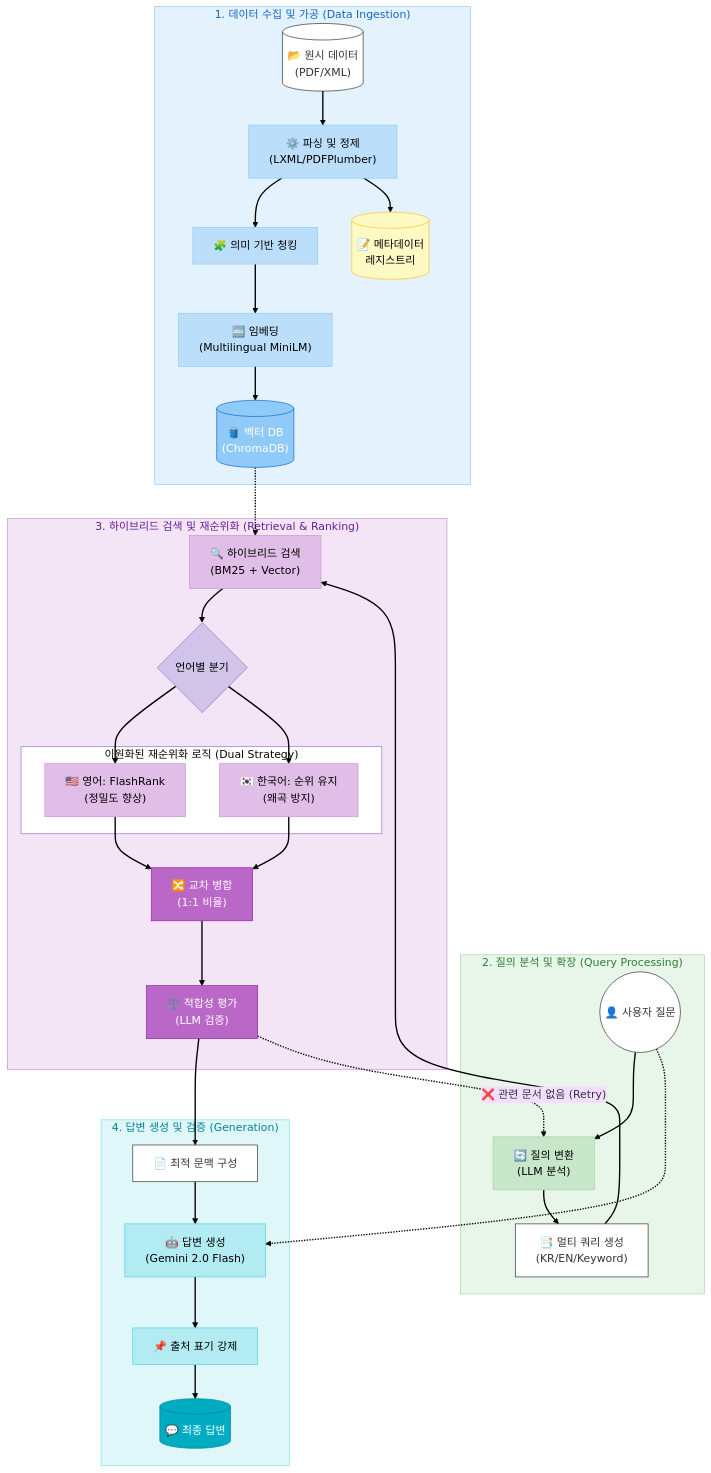
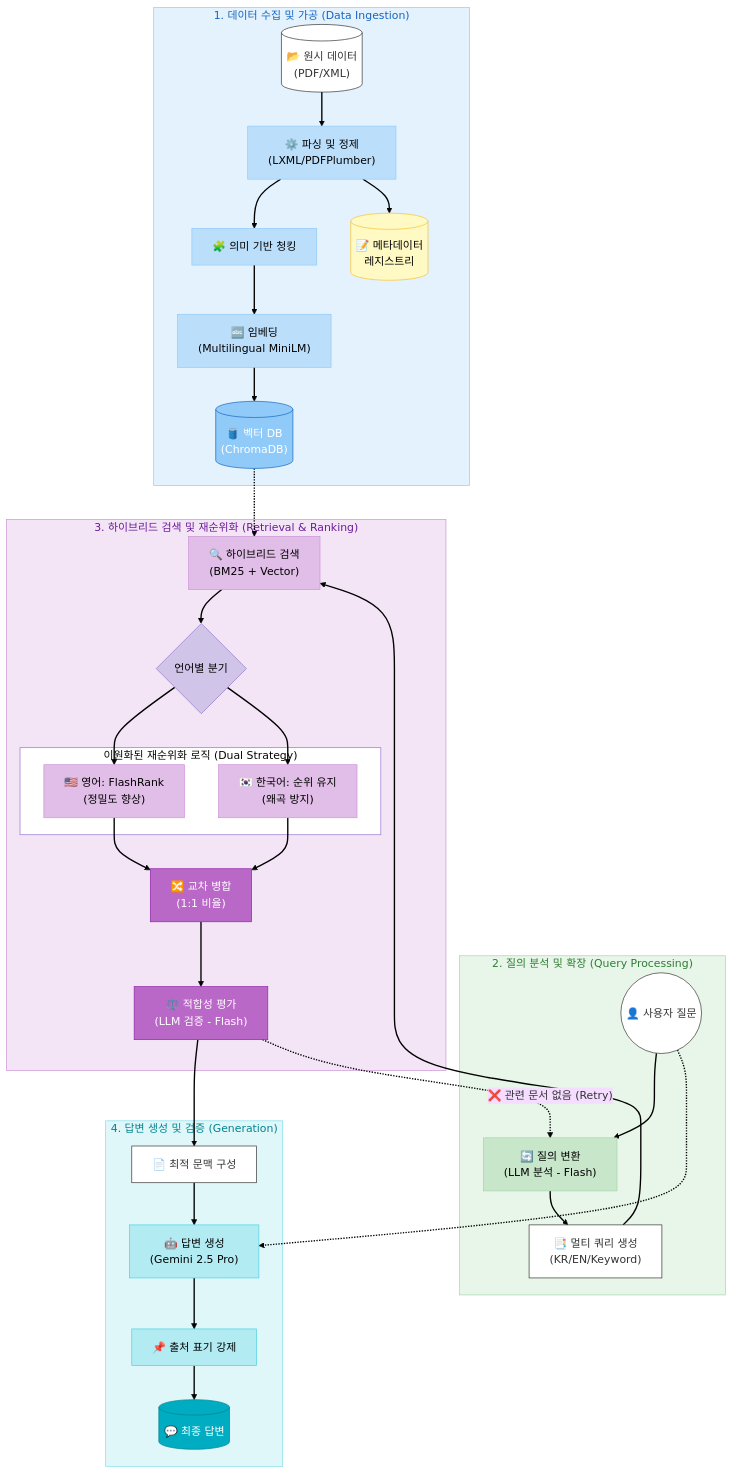
Before and after one commit to yangduhi/reg_RAG: the diagram in README.md, drawn with Mermaid.

Commit message:
docs: Update System Architecture diagram with Hybrid LLM Strategy (Flash/Pro)

```diff
--- a/README.md
+++ b/README.md
@@ -67,7 +67,7 @@
     subgraph QueryProc ["2. 질의 분석 및 확장 (Query Processing)"]
         style QueryProc fill:#e8f5e9,stroke:#a5d6a7,color:#2e7d32
         UserQuery(("👤 사용자 질문")):::white
-        Transform["🔄 질의 변환<br>(LLM 분석)"]:::green
+        Transform["🔄 질의 변환<br>(LLM 분석 - Flash)"]:::green
         MultiQuery["📑 멀티 쿼리 생성<br>(KR/EN/Keyword)"]:::white
 
         UserQuery --> Transform
@@ -87,7 +87,7 @@
         end
 
         Interleave["🔀 교차 병합<br>(1:1 비율)"]:::darkpurple
-        Grade["⚖️ 적합성 평가<br>(LLM 검증)"]:::darkpurple
+        Grade["⚖️ 적합성 평가<br>(LLM 검증 - Flash)"]:::darkpurple
 
         MultiQuery --> HybridSearch
         VectorDB -.-> HybridSearch
@@ -103,7 +103,7 @@
     subgraph Generation ["4. 답변 생성 및 검증 (Generation)"]
         style Generation fill:#e0f7fa,stroke:#80deea,color:#00838f
         Context["📄 최적 문맥 구성"]:::white
-        Generator["🤖 답변 생성<br>(Gemini 2.0 Flash)"]:::cyan
+        Generator["🤖 답변 생성<br>(Gemini 2.5 Pro)"]:::cyan
         Citations["📌 출처 표기 강제"]:::cyan
         FinalAnswer[("💬 최종 답변")]:::darkcyan
 
```
